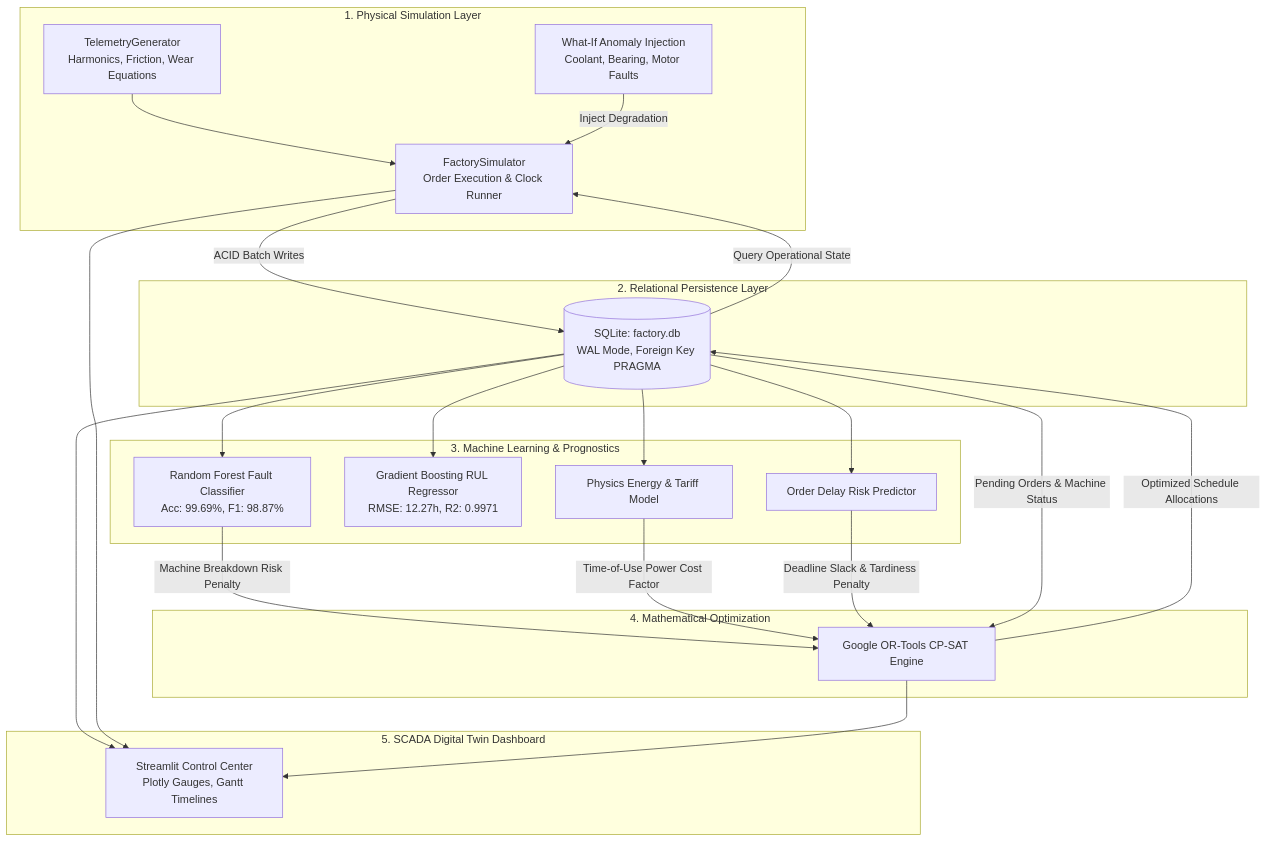
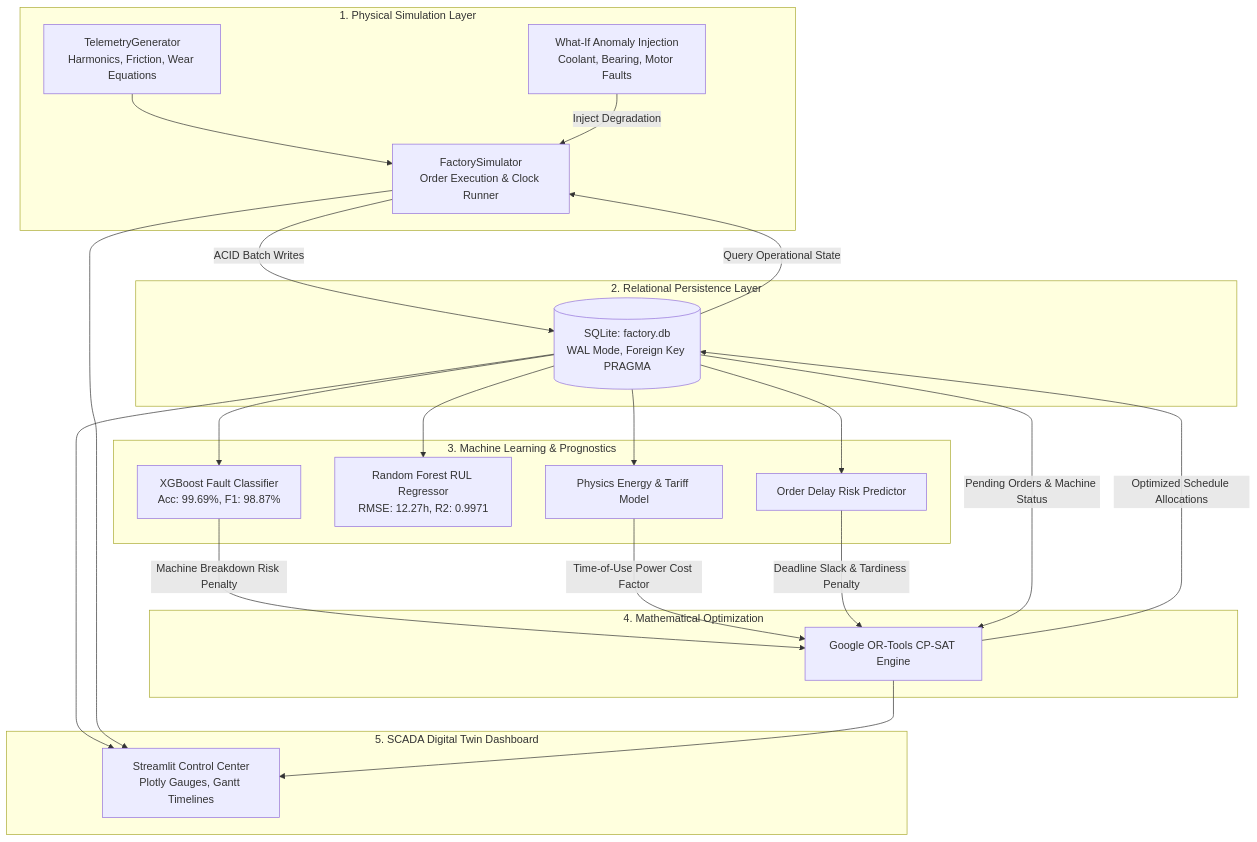
Before and after one commit to ramsaitanguturi/Smart-Factory-Production-Optimization: the first of 2 diagrams in PROJECT_REPORT.md, drawn with Mermaid. The commit also changed other lines of this file and 12 other files, not shown here.

````diff
--- a/PROJECT_REPORT.md
+++ b/PROJECT_REPORT.md
@@ -82,33 +82,33 @@
 ```mermaid
 graph TD
     subgraph S1["1. Physical Simulation Layer"]
         GEN[TelemetryGenerator<br/>Harmonics, Friction, Wear Equations] --> SIM[FactorySimulator<br/>Order Execution & Clock Runner]
         ANOM[What-If Anomaly Injection<br/>Coolant, Bearing, Motor Faults] -->|Inject Degradation| SIM
     end
 
     subgraph S2["2. Relational Persistence Layer"]
         SIM -->|ACID Batch Writes| DB[(SQLite: factory.db<br/>WAL Mode, Foreign Key PRAGMA)]
         DB -->|Query Operational State| SIM
     end
 
     subgraph S3["3. Machine Learning & Prognostics"]
-        DB --> CLF[Random Forest Fault Classifier<br/>Acc: 99.69%, F1: 98.87%]
-        DB --> REG[Gradient Boosting RUL Regressor<br/>RMSE: 12.27h, R2: 0.9971]
+        DB --> CLF[XGBoost Fault Classifier<br/>Acc: 99.69%, F1: 98.87%]
+        DB --> REG[Random Forest RUL Regressor<br/>RMSE: 12.27h, R2: 0.9971]
         DB --> ENG[Physics Energy & Tariff Model]
         DB --> DEL[Order Delay Risk Predictor]
     end
 
     subgraph S4["4. Mathematical Optimization"]
         CLF -->|Machine Breakdown Risk Penalty| OPT[Google OR-Tools CP-SAT Engine]
         ENG -->|Time-of-Use Power Cost Factor| OPT
         DEL -->|Deadline Slack & Tardiness Penalty| OPT
         DB -->|Pending Orders & Machine Status| OPT
         OPT -->|Optimized Schedule Allocations| DB
     end
 
     subgraph S5["5. SCADA Digital Twin Dashboard"]
         DB --> UI[Streamlit Control Center<br/>Plotly Gauges, Gantt Timelines]
         SIM --> UI
         OPT --> UI
     end
 ```
````
